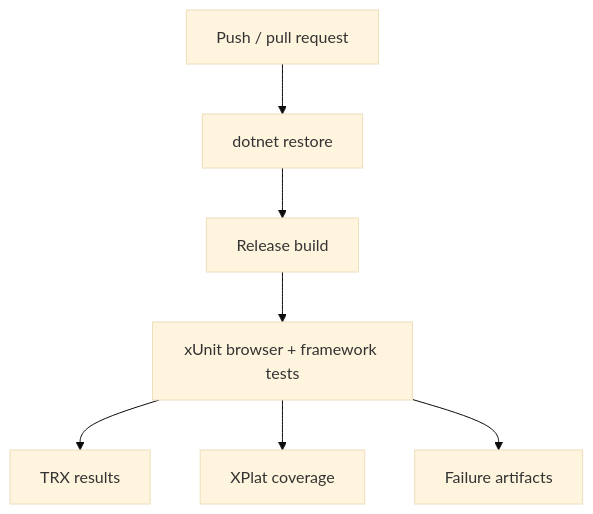
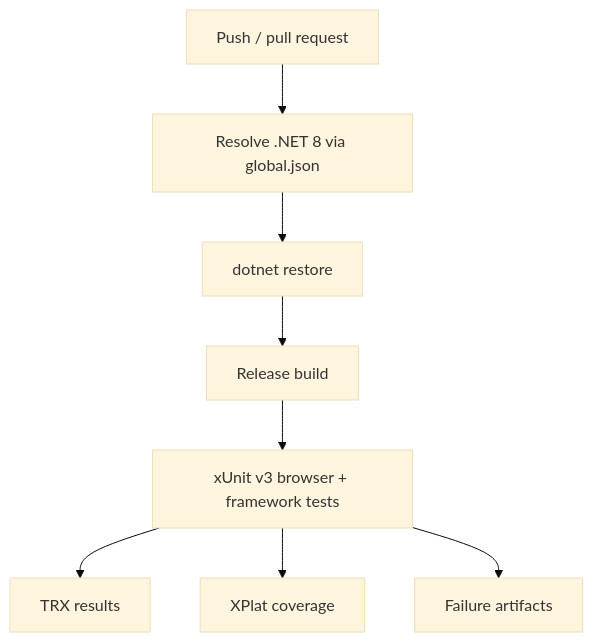
One commit to portyu9/qa-automation-dotnet-selenium changed the second of 2 diagrams in README.md. Above: the diagram before and after it, drawn with Mermaid (base theme). The commit also changed other lines of this file and 6 other files, not shown here.

First line of the commit message:
Migrate Selenium framework to xUnit v3 (#17)

````diff
--- a/README.md
+++ b/README.md
@@ -223,9 +229,10 @@
 ```mermaid
 flowchart TD
-    G[Push / pull request] --> R[dotnet restore]
+    G[Push / pull request] --> SDK[Resolve .NET 8 via global.json]
+    SDK --> R[dotnet restore]
     R --> B[Release build]
-    B --> T[xUnit browser + framework tests]
+    B --> T[xUnit v3 browser + framework tests]
     T --> TRX[TRX results]
     T --> COV[XPlat coverage]
     T --> ART[Failure artifacts]
 ```
````
